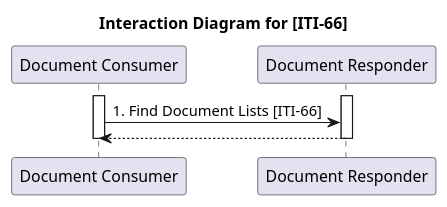
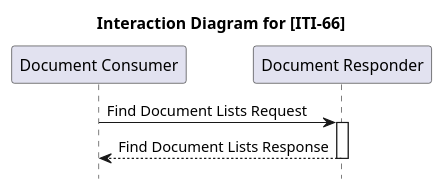
Before and after one commit to ehealthsuisse/ch-epr-fhir: the diagram in input/images-source/MHD_ActorDiagram_ITI-66.plantuml, drawn with PlantUML. The commit also changed 33 other files, not shown here.

```diff
--- a/input/images-source/MHD_ActorDiagram_ITI-66.plantuml
+++ b/input/images-source/MHD_ActorDiagram_ITI-66.plantuml
@@ -1,14 +1,14 @@
 @startuml
 
 title Interaction Diagram for [ITI-66]
 
+hide footbox
+autoactivate on
+
 participant "Document Consumer" as DocumentConsumer
 participant "Document Responder" as DocumentResponder
-activate "DocumentConsumer"
-activate "DocumentResponder"
-"DocumentConsumer" -> "DocumentResponder" : 1. Find Document Lists [ITI-66]
-return
-deactivate "DocumentConsumer"
-deactivate "DocumentResponder"
+
+"DocumentConsumer" -> "DocumentResponder" : Find Document Lists Request
+"DocumentResponder" --> "DocumentConsumer" : Find Document Lists Response
 
 @enduml 
```
